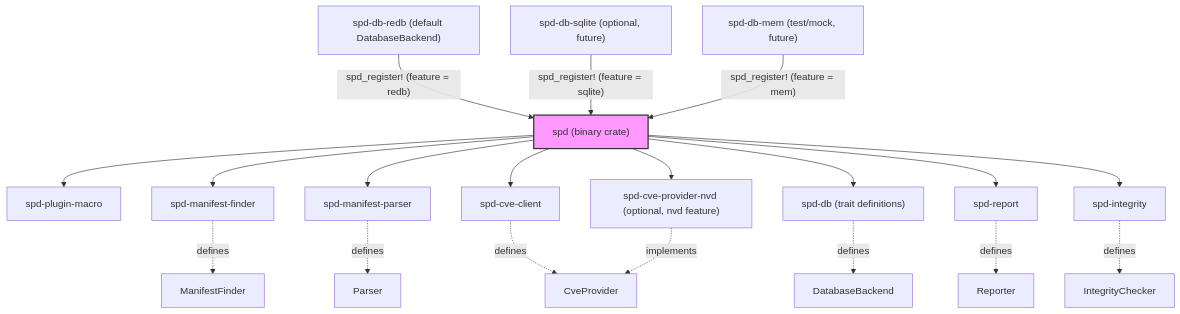
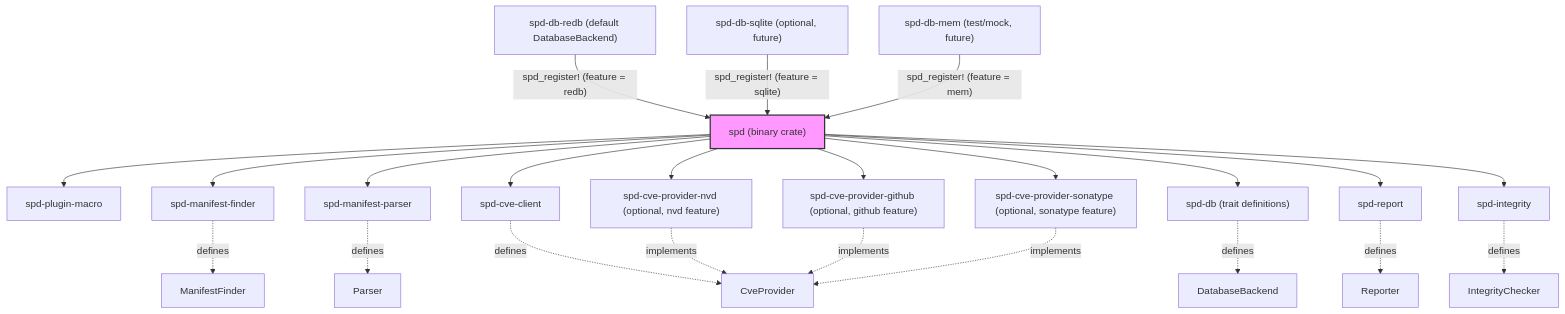
The diagram in architecture/workspace-layout.mmd (verilyze/verilyze), drawn with Mermaid before and after one commit. The commit also changed 16 other files, not shown here.

First line of the commit message:
feat: add Sonatype and GitHub CVE providers

```diff
--- a/architecture/workspace-layout.mmd
+++ b/architecture/workspace-layout.mmd
@@ -1,40 +1,46 @@
 graph TD
     %% Core binary
     A["spd (binary crate)"]
     %% Macro crate (used by binary for plugin registration)
     M["spd-plugin-macro"]
     %% Library crates
     B["spd-manifest-finder"]
     C["spd-manifest-parser"]
     D["spd-cve-client"]
     D2["spd-cve-provider-nvd (optional, nvd feature)"]
+    D3["spd-cve-provider-github (optional, github feature)"]
+    D4["spd-cve-provider-sonatype (optional, sonatype feature)"]
     E["spd-db (trait definitions)"]
     F["spd-report"]
     G["spd-integrity"]
     %% Concrete implementations (plug‑ins)
     H["spd-db-redb (default DatabaseBackend)"]
     I["spd-db-sqlite (optional, future)"]
     J["spd-db-mem (test/mock, future)"]
     %% Edges from binary to libraries
     A --> B
     A --> C
     A --> D
     A --> D2
+    A --> D3
+    A --> D4
     A --> E
     A --> F
     A --> G
     A --> M
     %% Edges from libraries to the traits they expose (collapsed for brevity)
     B -.->|defines| ManifestFinder
     C -.->|defines| Parser
     D -.->|defines| CveProvider
     D2 -.->|implements| CveProvider
+    D3 -.->|implements| CveProvider
+    D4 -.->|implements| CveProvider
     E -.->|defines| DatabaseBackend
     F -.->|defines| Reporter
     G -.->|defines| IntegrityChecker
     %% Registration edges (plug‑in discovery)
     H -->|"spd_register! (feature = redb)"| A
     I -->|"spd_register! (feature = sqlite)"| A
     J -->|"spd_register! (feature = mem)"| A
     %% Visual styling
     style A fill:#f9f,stroke:#333,stroke-width:2px
```
